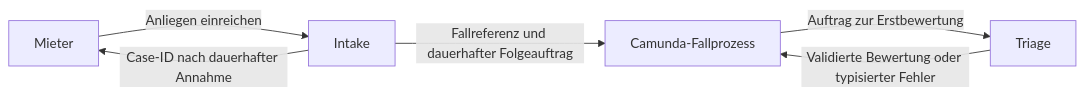
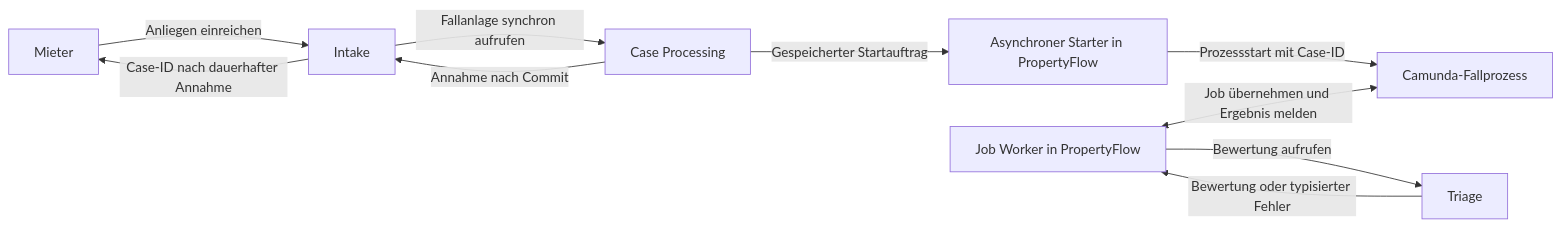
One commit to permarco/propertyflow changed the diagram in docs/architecture/schnittstellenentwurf-block-3.md. Above: the diagram before and after it, drawn with Mermaid. The commit also changed other lines of this file and 67 other files, not shown here.

Commit message:
docs: Fallbesitz und Übergabe von Intake an Case Processing festhalten

````diff
--- a/docs/architecture/schnittstellenentwurf-block-3.md
+++ b/docs/architecture/schnittstellenentwurf-block-3.md
@@ -14,8 +97,12 @@
 ```mermaid
 flowchart LR
     M[Mieter] -->|Anliegen einreichen| I[Intake]
+    I -->|Fallanlage synchron aufrufen| F[Case Processing]
+    F -->|Annahme nach Commit| I
     I -->|Case-ID nach dauerhafter Annahme| M
-    I -->|Fallreferenz und dauerhafter Folgeauftrag| C[Camunda-Fallprozess]
-    C -->|Auftrag zur Erstbewertung| T[Triage]
-    T -->|Validierte Bewertung oder typisierter Fehler| C
+    F -->|Gespeicherter Startauftrag| A[Asynchroner Starter in PropertyFlow]
+    A -->|Prozessstart mit Case-ID| C[Camunda-Fallprozess]
+    W[Job Worker in PropertyFlow] <-->|Job übernehmen und Ergebnis melden| C
+    W -->|Bewertung aufrufen| T[Triage]
+    T -->|Bewertung oder typisierter Fehler| W
 ```
````
